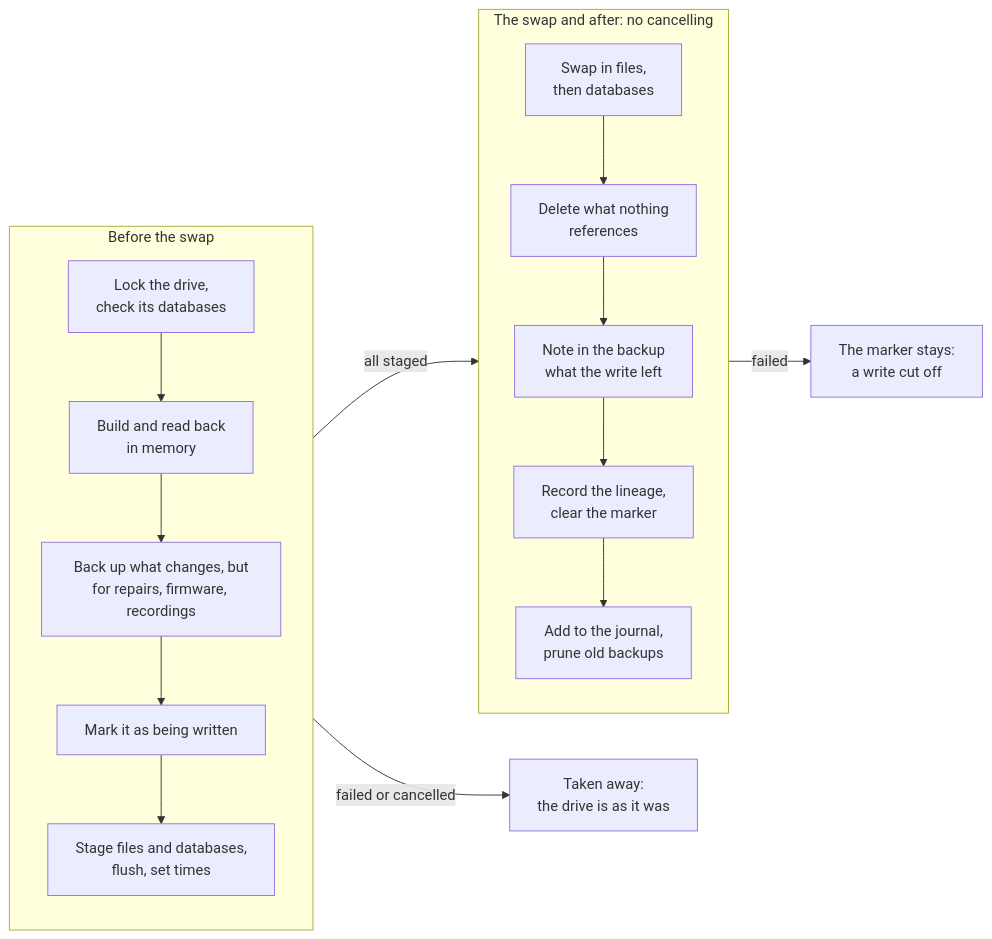
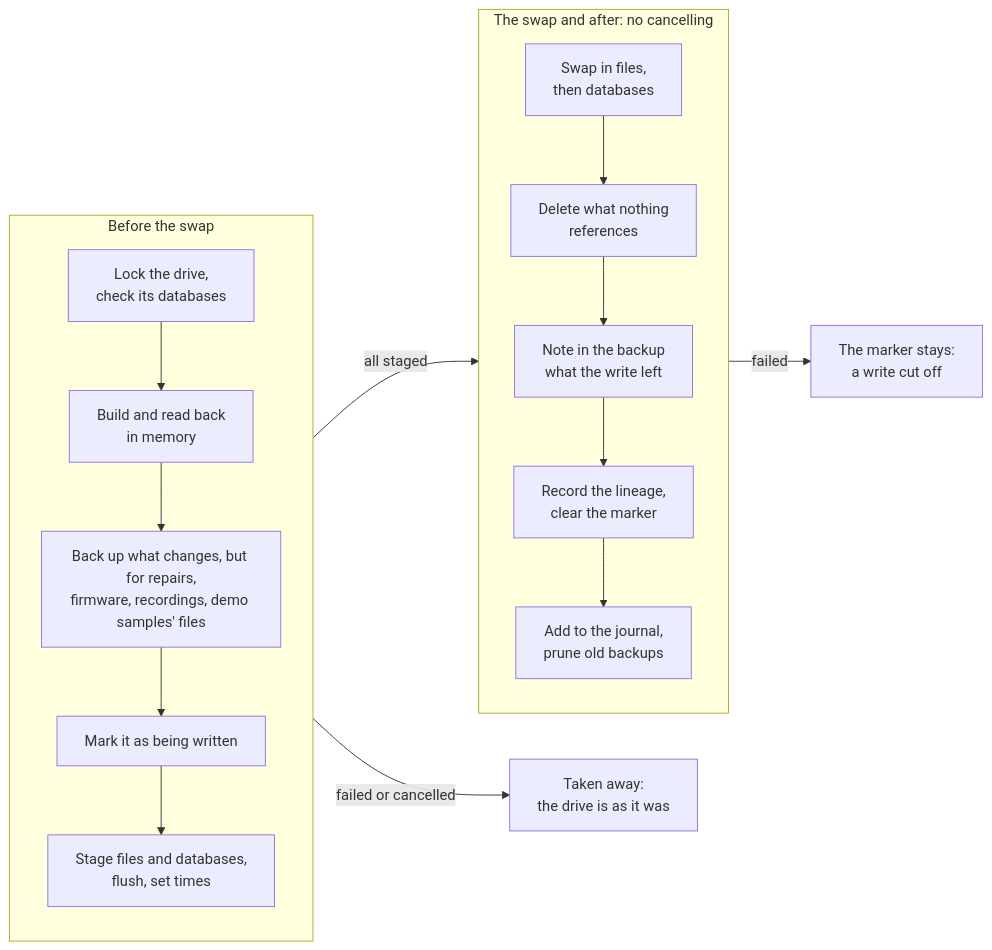
The third of 19 diagrams in apps/locallibrary/docs/diagrams/changing-drives.md (cutenode/localnetwork), drawn with Mermaid before and after one commit. The commit also changed other lines of this file and 33 other files, not shown here.

First line of the commit message:
fix(locallibrary): keep rekordbox's demo samples out of backups

````diff
--- a/apps/locallibrary/docs/diagrams/changing-drives.md
+++ b/apps/locallibrary/docs/diagrams/changing-drives.md
@@ -85,20 +85,20 @@
 ```mermaid
 flowchart LR
     subgraph before["Before the swap"]
         direction TB
         lock["Lock the drive,<br/>check its databases"] --> build["Build and read back<br/>in memory"]
-        build --> backup["Back up what changes, but<br/>for repairs, firmware, recordings"]
+        build --> backup["Back up what changes, but for repairs,<br/>firmware, recordings, demo samples' files"]
         backup --> marker["Mark it as being written"]
         marker --> stage["Stage files and databases,<br/>flush, set times"]
     end
     subgraph after["The swap and after: no cancelling"]
         direction TB
         swap["Swap in files,<br/>then databases"] --> delete["Delete what nothing<br/>references"]
         delete --> seal["Note in the backup<br/>what the write left"]
         seal --> lineage["Record the lineage,<br/>clear the marker"]
         lineage --> journal["Add to the journal,<br/>prune old backups"]
     end
     before -->|"all staged"| after
     before -->|"failed or cancelled"| rollback["Taken away:<br/>the drive is as it was"]
     after -->|"failed"| cutoff["The marker stays:<br/>a write cut off"]
 ```
````
